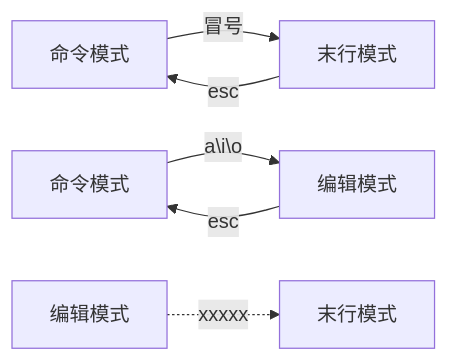
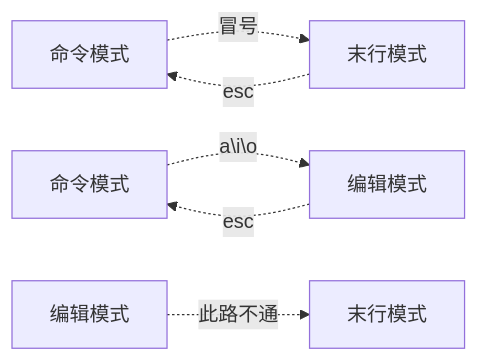
One commit to Guosd/Sinosoft changed the diagram in doc/Linux/1.Operate/1.基础操作.md. Above: the diagram before and after it, drawn with Mermaid. The commit also changed other lines of this file and 3 other files, not shown here.

````diff
--- a/doc/Linux/1.Operate/1.基础操作.md
+++ b/doc/Linux/1.Operate/1.基础操作.md
@@ -16,8 +16,8 @@
 ```mermaid
 graph LR
-   A[命令模式] -- 冒号 --> B[末行模式] 
-   B[末行模式] -- esc --> A[命令模式] 
-   C[命令模式] -- a\i\o --> D[编辑模式] 
-   D[编辑模式] -- esc --> C[命令模式] 
-   E[编辑模式] -. xxxxx .-> F[末行模式] 
+   A[命令模式] -. 冒号 .-> B[末行模式] 
+   B[末行模式] -. esc .-> A[命令模式] 
+   C[命令模式] -. a\i\o .-> D[编辑模式] 
+   D[编辑模式] -. esc .-> C[命令模式] 
+   E[编辑模式] -. 此路不通 .-> F[末行模式] 
 ```
````
